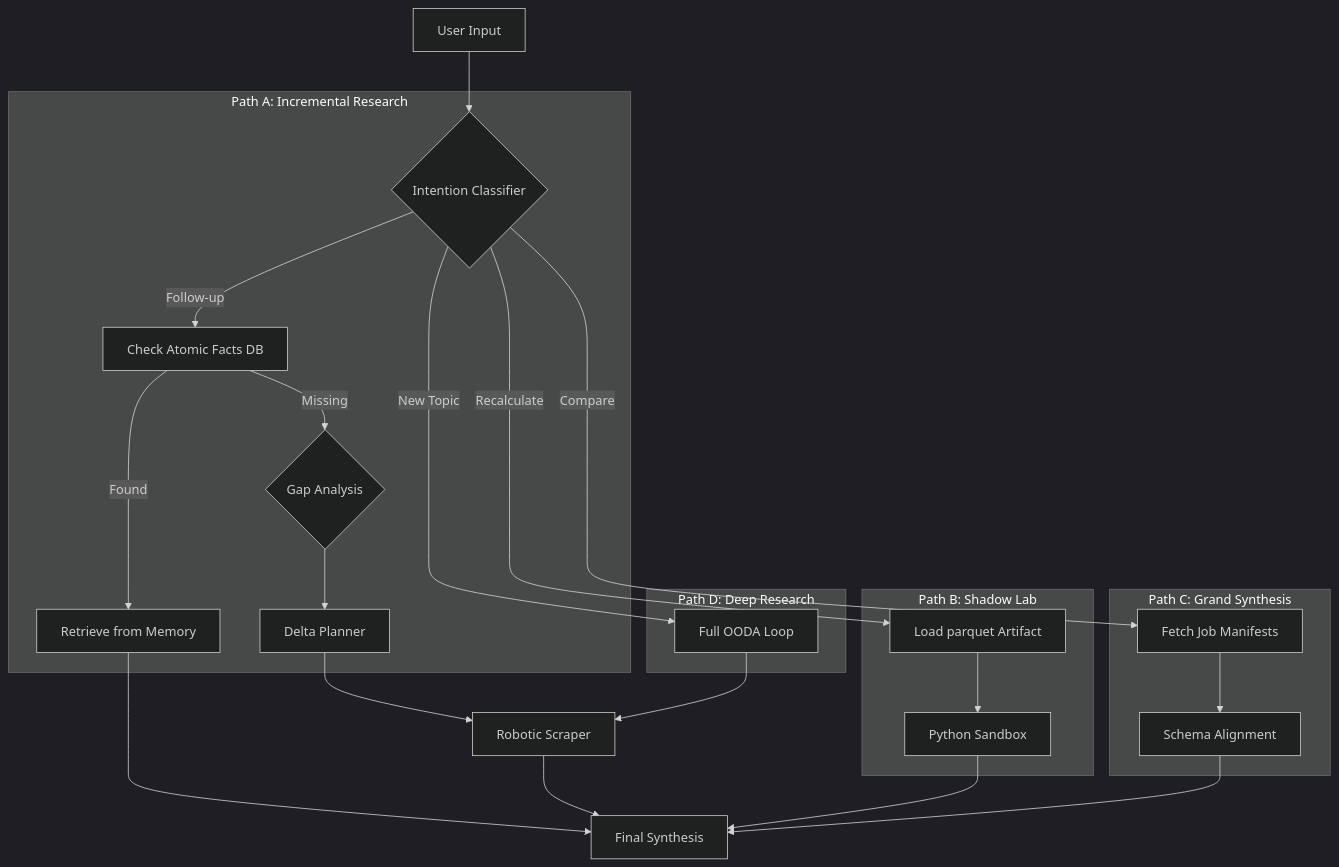
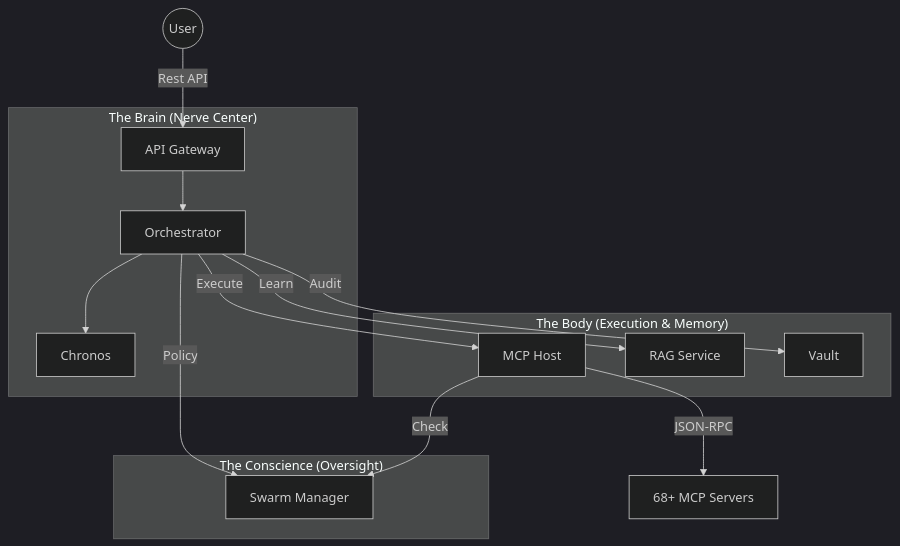
Before and after one commit to azzindani/Kea: the diagram in README.md, drawn with Mermaid (dark theme). The commit also changed other lines of this file and 13 other files, not shown here.

````diff
--- a/README.md
+++ b/README.md
@@ -636,32 +17,22 @@
 ```mermaid
 graph TD
-    User[User Input] --> Router{Intention Classifier}
+    User((User)) -->|Rest API| Gateway[API Gateway]
     
-    subgraph PathA[Path A: Incremental Research]
-        Router -->|Follow-up| VectorCheck[Check Atomic Facts DB]
-        VectorCheck -->|Found| CacheHit[Retrieve from Memory]
-        VectorCheck -->|Missing| GapDetector{Gap Analysis}
-        GapDetector --> DeltaPlan[Delta Planner]
+    subgraph "The Brain (Nerve Center)"
+        Gateway --> Orchestrator[Orchestrator]
+        Orchestrator --> Chronos[Chronos]
     end
     
-    subgraph PathB[Path B: Shadow Lab]
-        Router -->|Recalculate| Loader[Load parquet Artifact]
-        Loader --> Sandbox[Python Sandbox]
+    subgraph "The Body (Execution & Memory)"
+        Orchestrator -->|Execute| Host[MCP Host]
+        Orchestrator -->|Learn| RAG[RAG Service]
+        Orchestrator -->|Audit| Vault[Vault]
     end
     
-    subgraph PathC[Path C: Grand Synthesis]
-        Router -->|Compare| Librarian[Fetch Job Manifests]
-        Librarian --> Alchemist[Schema Alignment]
+    subgraph "The Conscience (Oversight)"
+        Host -->|Check| Manager[Swarm Manager]
+        Orchestrator -->|Policy| Manager
     end
     
-    subgraph PathD[Path D: Deep Research]
-        Router -->|New Topic| Planner[Full OODA Loop]
-    end
-    
-    CacheHit --> Synthesizer[Final Synthesis]
-    DeltaPlan --> Scraper[Robotic Scraper]
-    Scraper --> Synthesizer
-    Sandbox --> Synthesizer
-    Alchemist --> Synthesizer
-    Planner --> Scraper
+    Host -->|JSON-RPC| Tools[68+ MCP Servers]
 ```
````
